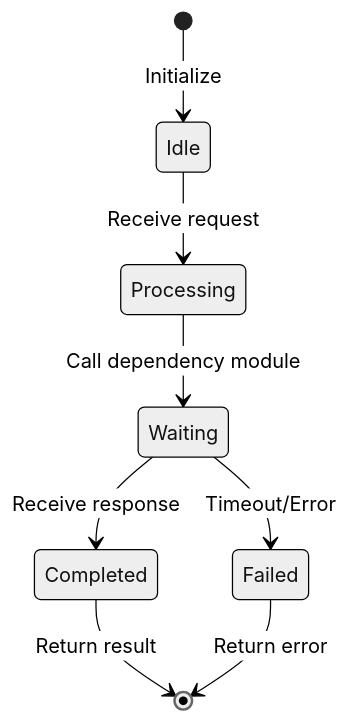
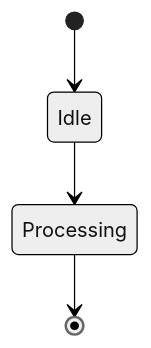
One commit to shangguan1024/sdd-workflow changed the fifth of 5 diagrams in visualization-guide.md. Above: the diagram before and after it, drawn with Mermaid (neutral theme). The commit also changed other lines of this file and 5 other files, not shown here.

````diff
--- a/visualization-guide.md
+++ b/visualization-guide.md
@@ -127,10 +76,6 @@
 ```mermaid
 stateDiagram-v2
-    [*] --> Idle: Initialize
-    Idle --> Processing: Receive request
-    Processing --> Waiting: Call dependency module
-    Waiting --> Completed: Receive response
-    Waiting --> Failed: Timeout/Error
-    Completed --> [*]: Return result
-    Failed --> [*]: Return error
+    [*] --> Idle
+    Idle --> Processing
+    Processing --> [*]
 ```
````
